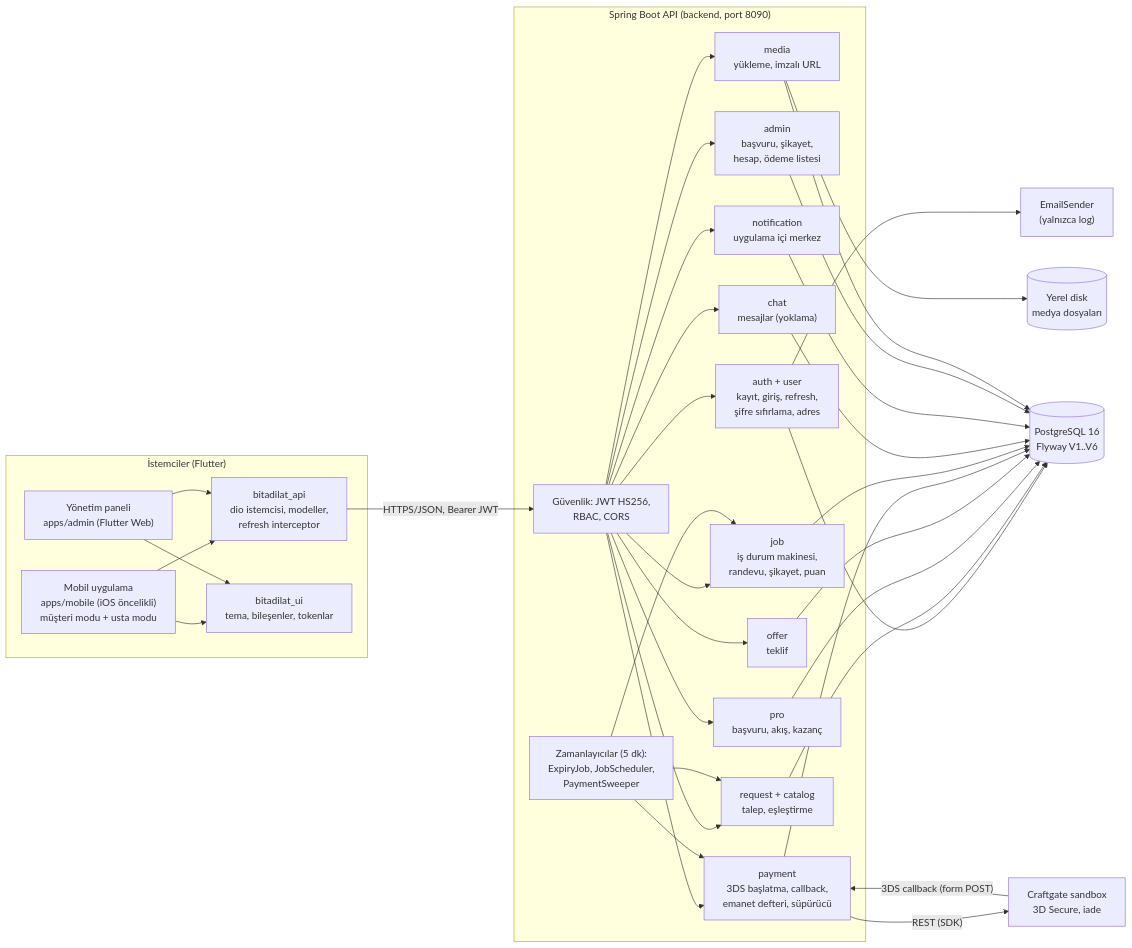
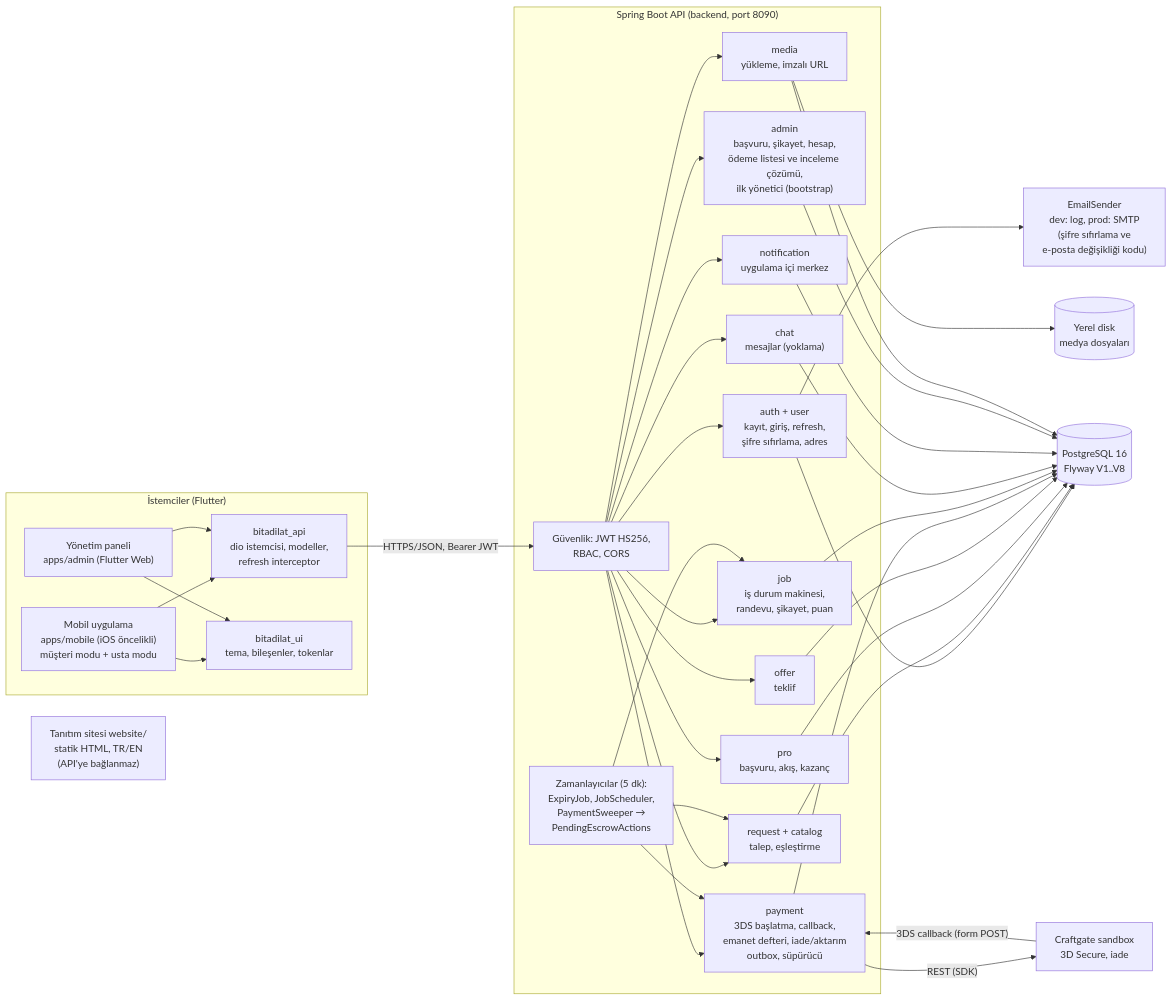
The first of 27 diagrams in docs/deliverables/SDD.md (ataherdematay/Grad_Project), drawn with Mermaid before and after one commit. The commit also changed other lines of this file and 20 other files, not shown here.

````diff
--- a/docs/deliverables/SDD.md
+++ b/docs/deliverables/SDD.md
@@ -46,62 +51,63 @@
 ```mermaid
 flowchart LR
     subgraph Istemciler["İstemciler (Flutter)"]
         MOB["Mobil uygulama<br/>apps/mobile (iOS öncelikli)<br/>müşteri modu + usta modu"]
         ADM["Yönetim paneli<br/>apps/admin (Flutter Web)"]
         APIPKG["bitadilat_api<br/>dio istemcisi, modeller,<br/>refresh interceptor"]
         UIPKG["bitadilat_ui<br/>tema, bileşenler, tokenlar"]
         MOB --> APIPKG
         ADM --> APIPKG
         MOB --> UIPKG
         ADM --> UIPKG
     end
 
     subgraph Sunucu["Spring Boot API (backend, port 8090)"]
         SEC["Güvenlik: JWT HS256,<br/>RBAC, CORS"]
         AUTH["auth + user<br/>kayıt, giriş, refresh,<br/>şifre sıfırlama, adres"]
         REQ["request + catalog<br/>talep, eşleştirme"]
         PRO["pro<br/>başvuru, akış, kazanç"]
         OFR["offer<br/>teklif"]
-        PAY["payment<br/>3DS başlatma, callback,<br/>emanet defteri, süpürücü"]
+        PAY["payment<br/>3DS başlatma, callback,<br/>emanet defteri, iade/aktarım<br/>outbox, süpürücü"]
         JOB["job<br/>iş durum makinesi,<br/>randevu, şikayet, puan"]
         CHT["chat<br/>mesajlar (yoklama)"]
         MED["media<br/>yükleme, imzalı URL"]
         NTF["notification<br/>uygulama içi merkez"]
-        ADMS["admin<br/>başvuru, şikayet,<br/>hesap, ödeme listesi"]
-        SCH["Zamanlayıcılar (5 dk):<br/>ExpiryJob, JobScheduler,<br/>PaymentSweeper"]
+        ADMS["admin<br/>başvuru, şikayet, hesap,<br/>ödeme listesi ve inceleme çözümü,<br/>ilk yönetici (bootstrap)"]
+        SCH["Zamanlayıcılar (5 dk):<br/>ExpiryJob, JobScheduler,<br/>PaymentSweeper →<br/>PendingEscrowActions"]
     end
 
-    DB[("PostgreSQL 16<br/>Flyway V1..V6")]
+    DB[("PostgreSQL 16<br/>Flyway V1..V8")]
     DISK[("Yerel disk<br/>medya dosyaları")]
     CG["Craftgate sandbox<br/>3D Secure, iade"]
-    MAIL["EmailSender<br/>(yalnızca log)"]
+    MAIL["EmailSender<br/>dev: log, prod: SMTP<br/>(şifre sıfırlama ve<br/>e-posta değişikliği kodu)"]
+    WEB["Tanıtım sitesi website/<br/>statik HTML, TR/EN<br/>(API'ye bağlanmaz)"]
 
     APIPKG -- "HTTPS/JSON, Bearer JWT" --> SEC
     SEC --> AUTH
     SEC --> REQ
     SEC --> PRO
     SEC --> OFR
     SEC --> PAY
     SEC --> JOB
     SEC --> CHT
     SEC --> MED
     SEC --> NTF
     SEC --> ADMS
     AUTH --> DB
     REQ --> DB
     PRO --> DB
     OFR --> DB
     PAY --> DB
     JOB --> DB
     CHT --> DB
     NTF --> DB
     ADMS --> DB
     MED --> DISK
     MED --> DB
     PAY -- "REST (SDK)" --> CG
     CG -- "3DS callback (form POST)" --> PAY
     AUTH --> MAIL
     SCH --> JOB
     SCH --> PAY
     SCH --> REQ
 ```
````
